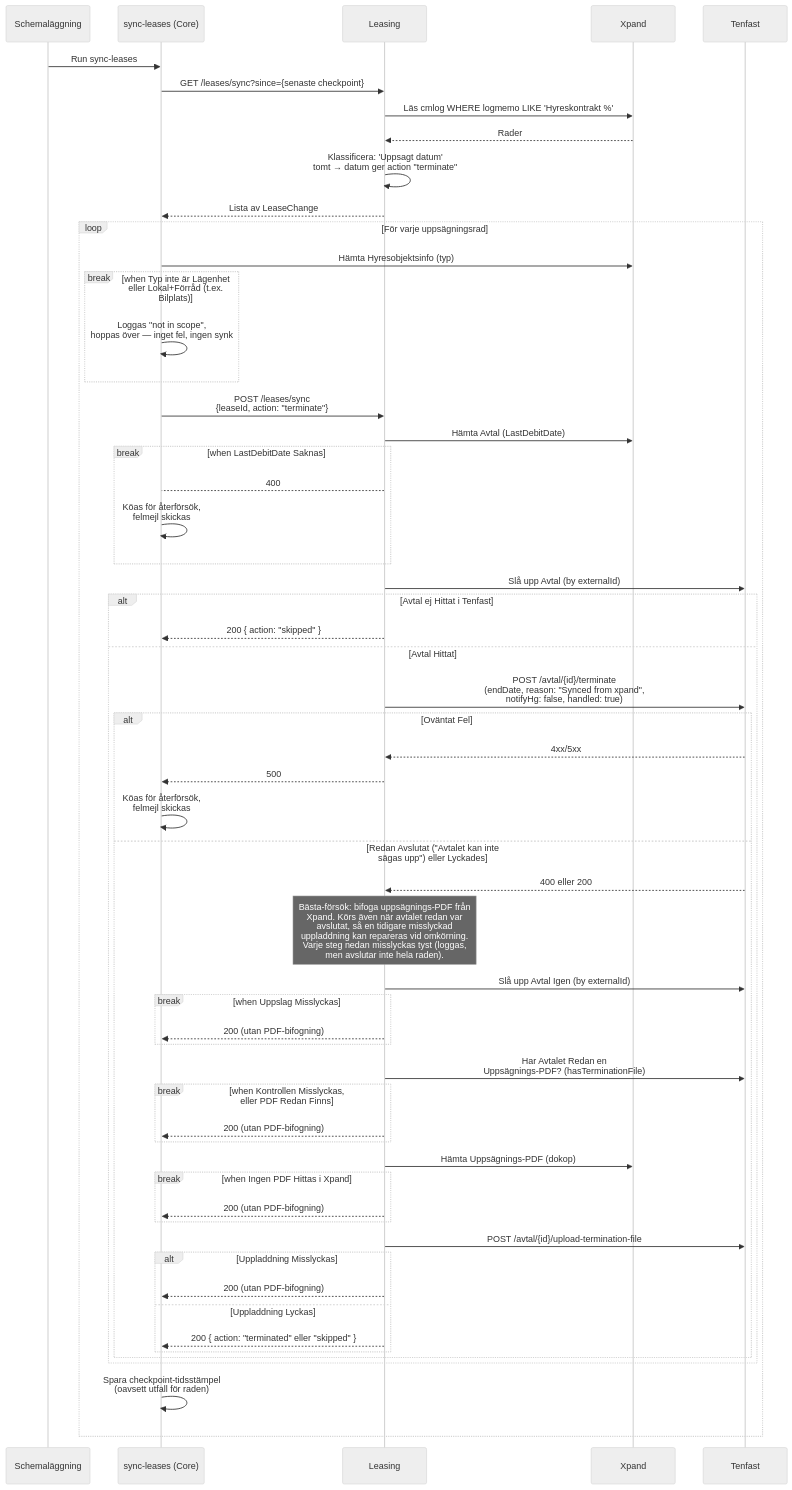
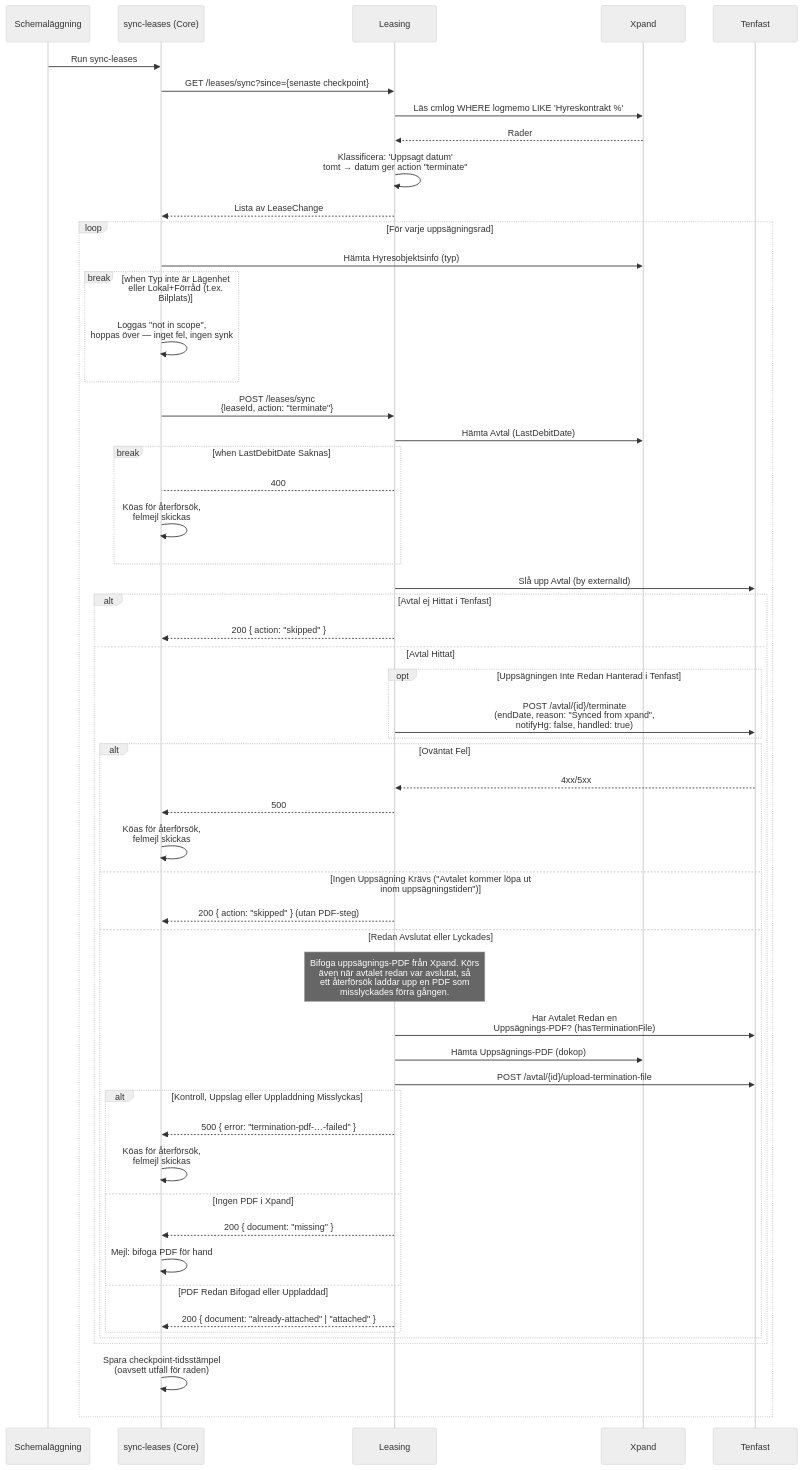
The second of 2 diagrams in core/src/processes/leasetermination/DOCS_Terminate_Lease_via_Xpand_Sync.md (Bostads-AB-Mimer/onecore), drawn with Mermaid (neutral theme) before and after one commit. The commit also changed other lines of this file and 5 other files, not shown here.

First line of the commit message:
Fix: AVTAL-366 retry only the uppsägning PDF and keep create uploads

````diff
--- a/core/src/processes/leasetermination/DOCS_Terminate_Lease_via_Xpand_Sync.md
+++ b/core/src/processes/leasetermination/DOCS_Terminate_Lease_via_Xpand_Sync.md
@@ -42,77 +46,67 @@
 ```mermaid
 sequenceDiagram
     participant CronJob as Schemaläggning
     participant SyncScript as sync-leases (Core)
     participant Leasing as Leasing
     participant Xpand as Xpand
     participant Tenfast as Tenfast
 
     CronJob ->> SyncScript: Run sync-leases
     SyncScript ->> Leasing: GET /leases/sync?since={senaste checkpoint}
     Leasing ->> Xpand: Läs cmlog WHERE logmemo LIKE 'Hyreskontrakt %'
     Xpand -->> Leasing: Rader
     Leasing ->> Leasing: Klassificera: 'Uppsagt datum'<br/>tomt → datum ger action "terminate"
     Leasing -->> SyncScript: Lista av LeaseChange
 
     loop För varje uppsägningsrad
         SyncScript ->> Xpand: Hämta Hyresobjektsinfo (typ)
 
         break when Typ inte är Lägenhet eller Lokal+Förråd (t.ex. Bilplats)
             SyncScript ->> SyncScript: Loggas "not in scope",<br/>hoppas över — inget fel, ingen synk
         end
 
         SyncScript ->> Leasing: POST /leases/sync<br/>{leaseId, action: "terminate"}
         Leasing ->> Xpand: Hämta Avtal (LastDebitDate)
 
         break when LastDebitDate Saknas
             Leasing-->SyncScript: 400
             SyncScript ->> SyncScript: Köas för återförsök,<br/>felmejl skickas
         end
 
         Leasing ->> Tenfast: Slå upp Avtal (by externalId)
 
         alt Avtal ej Hittat i Tenfast
             Leasing-->>SyncScript: 200 { action: "skipped" }
         else Avtal Hittat
-            Leasing ->> Tenfast: POST /avtal/{id}/terminate<br/>(endDate, reason: "Synced from xpand",<br/>notifyHg: false, handled: true)
+            opt Uppsägningen Inte Redan Hanterad i Tenfast
+                Leasing ->> Tenfast: POST /avtal/{id}/terminate<br/>(endDate, reason: "Synced from xpand",<br/>notifyHg: false, handled: true)
+            end
             alt Oväntat Fel
                 Tenfast-->>Leasing: 4xx/5xx
                 Leasing-->>SyncScript: 500
                 SyncScript ->> SyncScript: Köas för återförsök,<br/>felmejl skickas
-            else Redan Avslutat ("Avtalet kan inte<br/>sägas upp") eller Lyckades
-                Tenfast-->>Leasing: 400 eller 200
-
-                note over Leasing: Bästa-försök: bifoga uppsägnings-PDF från<br/>Xpand. Körs även när avtalet redan var<br/>avslutat, så en tidigare misslyckad<br/>uppladdning kan repareras vid omkörning.<br/>Varje steg nedan misslyckas tyst (loggas,<br/>men avslutar inte hela raden).
-
-                Leasing ->> Tenfast: Slå upp Avtal Igen (by externalId)
-
-                break when Uppslag Misslyckas
-                    Leasing-->>SyncScript: 200 (utan PDF-bifogning)
-                end
+            else Ingen Uppsägning Krävs ("Avtalet kommer löpa ut<br/>inom uppsägningstiden")
+                Leasing-->>SyncScript: 200 { action: "skipped" } (utan PDF-steg)
+            else Redan Avslutat eller Lyckades
+                note over Leasing: Bifoga uppsägnings-PDF från Xpand. Körs<br/>även när avtalet redan var avslutat, så<br/>ett återförsök laddar upp en PDF som<br/>misslyckades förra gången.
 
                 Leasing ->> Tenfast: Har Avtalet Redan en<br/>Uppsägnings-PDF? (hasTerminationFile)
-
-                break when Kontrollen Misslyckas,<br/>eller PDF Redan Finns
-                    Leasing-->>SyncScript: 200 (utan PDF-bifogning)
-                end
-
                 Leasing ->> Xpand: Hämta Uppsägnings-PDF (dokop)
-
-                break when Ingen PDF Hittas i Xpand
-                    Leasing-->>SyncScript: 200 (utan PDF-bifogning)
-                end
-
                 Leasing ->> Tenfast: POST /avtal/{id}/upload-termination-file
 
-                alt Uppladdning Misslyckas
-                    Leasing-->>SyncScript: 200 (utan PDF-bifogning)
-                else Uppladdning Lyckas
-                    Leasing-->>SyncScript: 200 { action: "terminated" eller "skipped" }
+                alt Kontroll, Uppslag eller Uppladdning Misslyckas
+                    Leasing-->>SyncScript: 500 { error: "termination-pdf-…-failed" }
+                    SyncScript ->> SyncScript: Köas för återförsök,<br/>felmejl skickas
+                else Ingen PDF i Xpand
+                    Leasing-->>SyncScript: 200 { document: "missing" }
+                    SyncScript ->> SyncScript: Mejl: bifoga PDF för hand
+                else PDF Redan Bifogad eller Uppladdad
+                    Leasing-->>SyncScript: 200 { document: "already-attached" | "attached" }
                 end
             end
         end
 
         SyncScript ->> SyncScript: Spara checkpoint-tidsstämpel<br/>(oavsett utfall för raden)
     end
 
 ```
````
